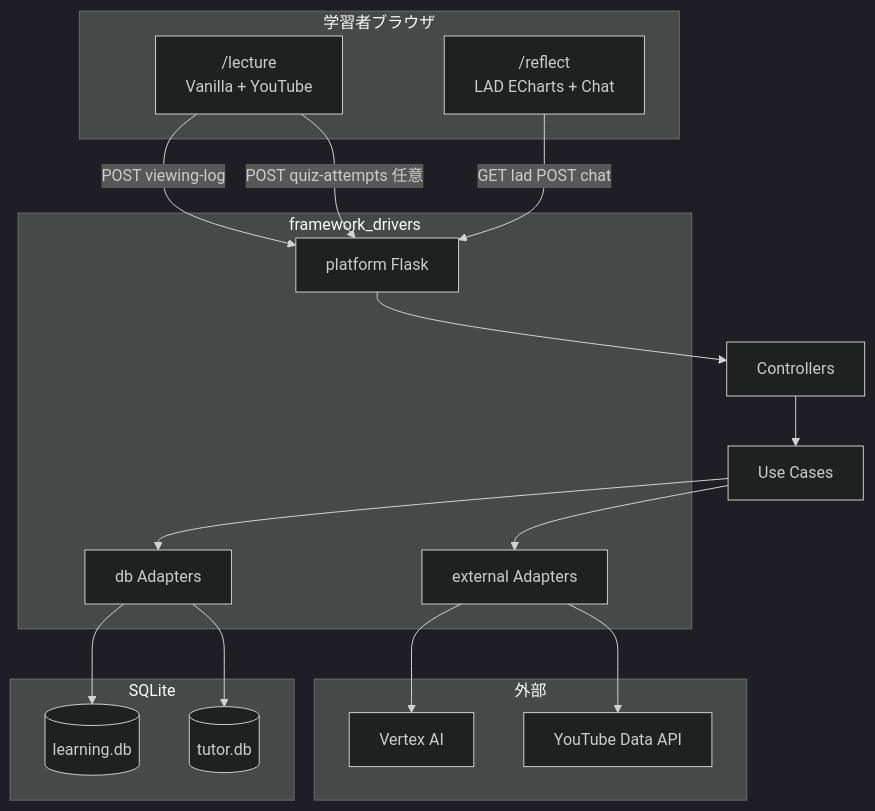
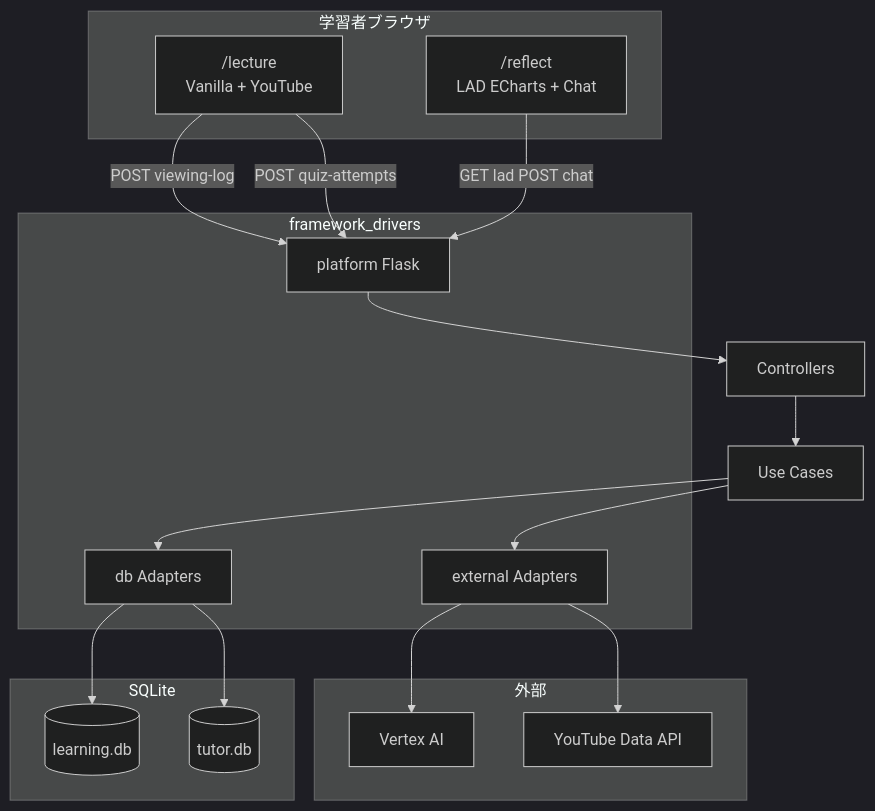
One commit to Kotan-86/system_support_selfRegulatedLearning changed the first of 2 diagrams in docs/spec/framework-drivers-layer.md. Above: the diagram before and after it, drawn with Mermaid (dark theme). The commit also changed other lines of this file and 101 other files, not shown here.

````diff
--- a/docs/spec/framework-drivers-layer.md
+++ b/docs/spec/framework-drivers-layer.md
@@ -158,35 +156,35 @@
 ```mermaid
 flowchart TB
     subgraph learner [学習者ブラウザ]
         lecture["/lecture\nVanilla + YouTube"]
         reflect["/reflect\nLAD ECharts + Chat"]
     end
 
     subgraph fd [framework_drivers]
         platform[platform Flask]
         fdDb[db Adapters]
         fdExt[external Adapters]
     end
 
     subgraph external [外部]
         vertex[Vertex AI]
         youtube[YouTube Data API]
     end
 
     subgraph storage [SQLite]
         learningDB[(learning.db)]
         tutorDB[(tutor.db)]
     end
 
     lecture -->|POST viewing-log| platform
-    lecture -->|POST quiz-attempts 任意| platform
+    lecture -->|POST quiz-attempts| platform
     reflect -->|GET lad POST chat| platform
     platform --> controllers[Controllers]
     controllers --> uc[Use Cases]
     uc --> fdDb
     uc --> fdExt
     fdDb --> learningDB
     fdDb --> tutorDB
     fdExt --> vertex
     fdExt --> youtube
 ```
````
